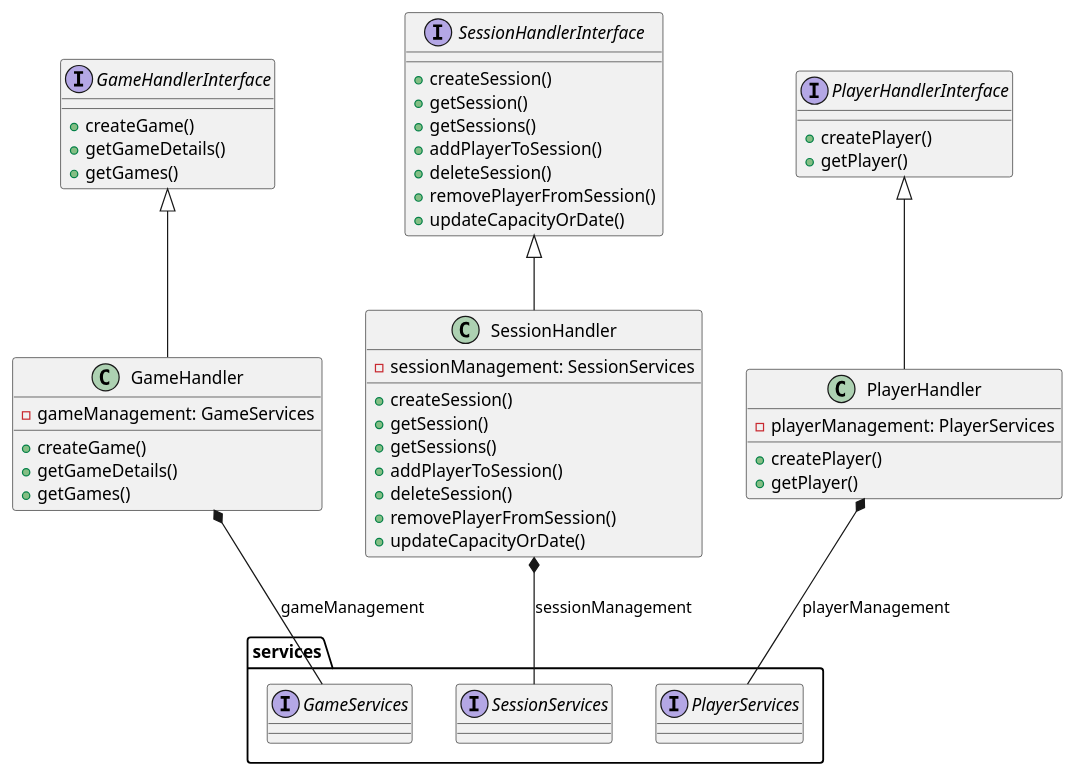
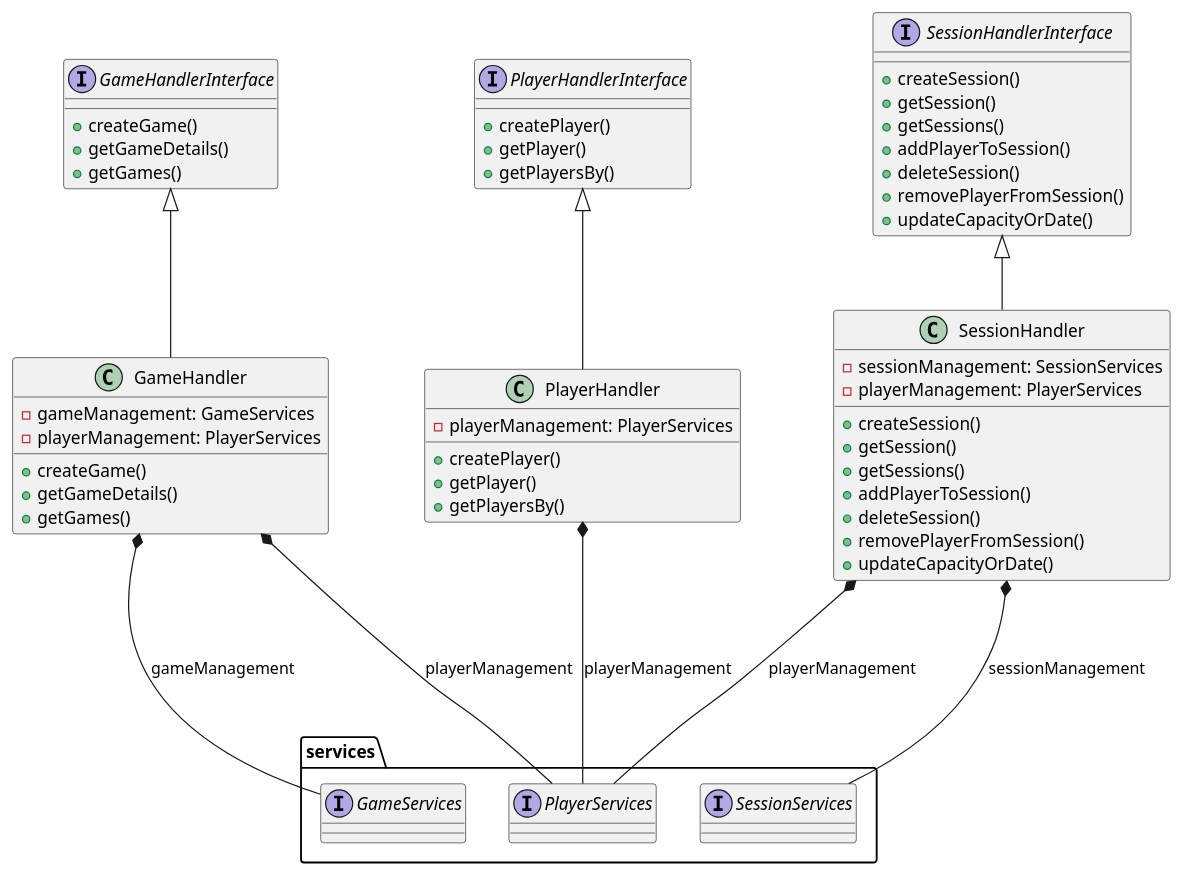
Before and after one commit to Thuzys/Session_Control: the diagram in phase3/src/main/kotlin/pt/isel/ls/webApi/WebApiDiagram.puml, drawn with PlantUML. The commit also changed 11 other files, not shown here.

```diff
--- a/phase3/src/main/kotlin/pt/isel/ls/webApi/WebApiDiagram.puml
+++ b/phase3/src/main/kotlin/pt/isel/ls/webApi/WebApiDiagram.puml
@@ -1,63 +1,69 @@
 @startuml
 'https://plantuml.com/sequence-diagram
 
 Interface GameHandlerInterface {
     +createGame()
     +getGameDetails()
     +getGames()
 }
 
 Interface SessionHandlerInterface {
     + createSession()
     + getSession()
     + getSessions()
     + addPlayerToSession()
     + deleteSession()
     + removePlayerFromSession()
     + updateCapacityOrDate()
 }
 
 Interface PlayerHandlerInterface {
     +createPlayer()
     +getPlayer()
+    +getPlayersBy()
 }
 
 class GameHandler {
     +createGame()
     +getGameDetails()
     +getGames()
     - gameManagement: GameServices
+    - playerManagement: PlayerServices
 }
 
 class SessionHandler {
     +createSession()
     +getSession()
     +getSessions()
     +addPlayerToSession()
     +deleteSession()
     +removePlayerFromSession()
     +updateCapacityOrDate()
     - sessionManagement: SessionServices
+    - playerManagement: PlayerServices
 }
 
 class PlayerHandler {
     +createPlayer()
     +getPlayer()
+    +getPlayersBy()
     - playerManagement: PlayerServices
 }
 
 package services {
     Interface GameServices
     Interface SessionServices
     Interface PlayerServices
 }
 
 GameHandlerInterface <|-- GameHandler
 SessionHandlerInterface <|-- SessionHandler
 PlayerHandlerInterface <|-- PlayerHandler
 
-GameHandler *-- services.GameServices : gameManagement
-SessionHandler *-- services.SessionServices : sessionManagement
-PlayerHandler *-- services.PlayerServices : playerManagement
+GameHandler *--- services.GameServices : gameManagement
+GameHandler *--- services.PlayerServices : playerManagement
+SessionHandler *--- services.SessionServices : sessionManagement
+SessionHandler *--- services.PlayerServices : playerManagement
+PlayerHandler *--- services.PlayerServices : playerManagement
 
 @enduml
```
